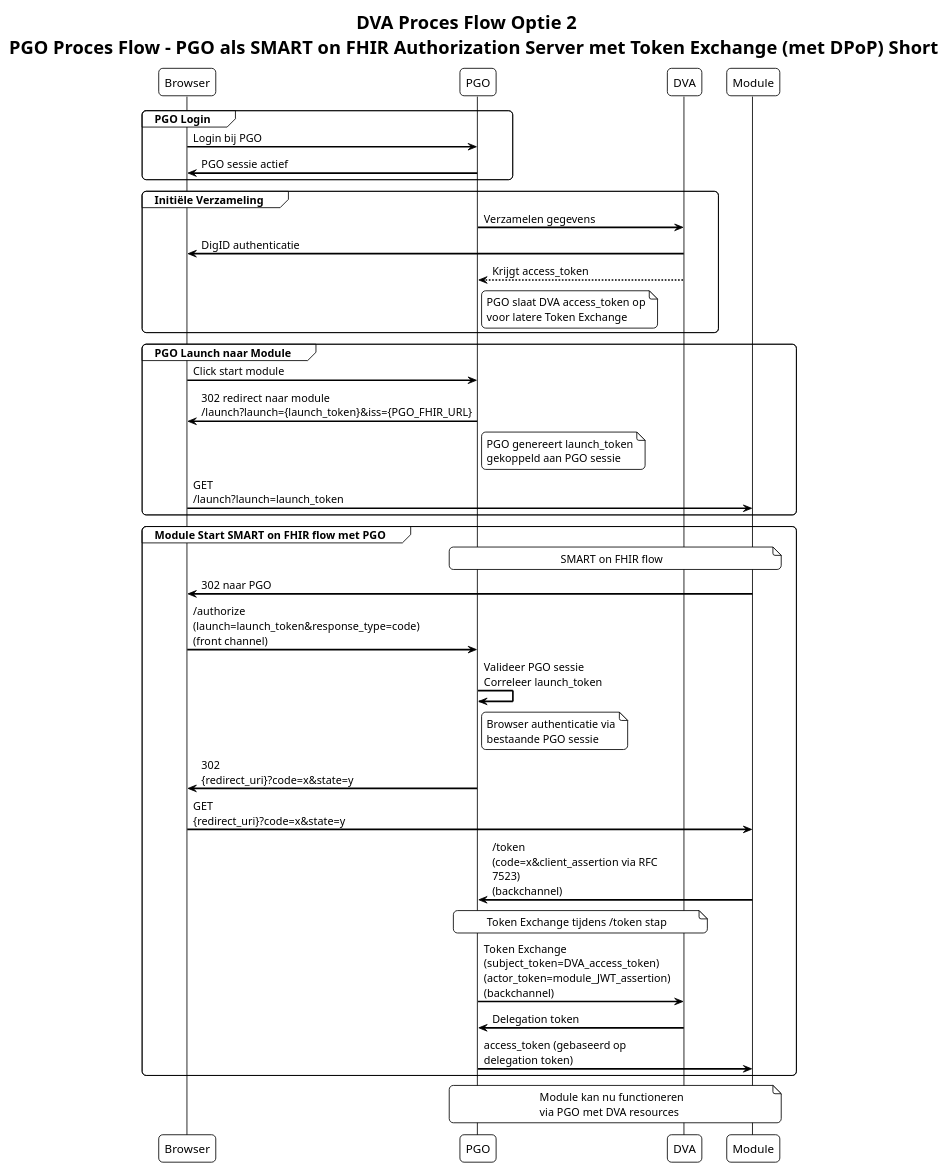
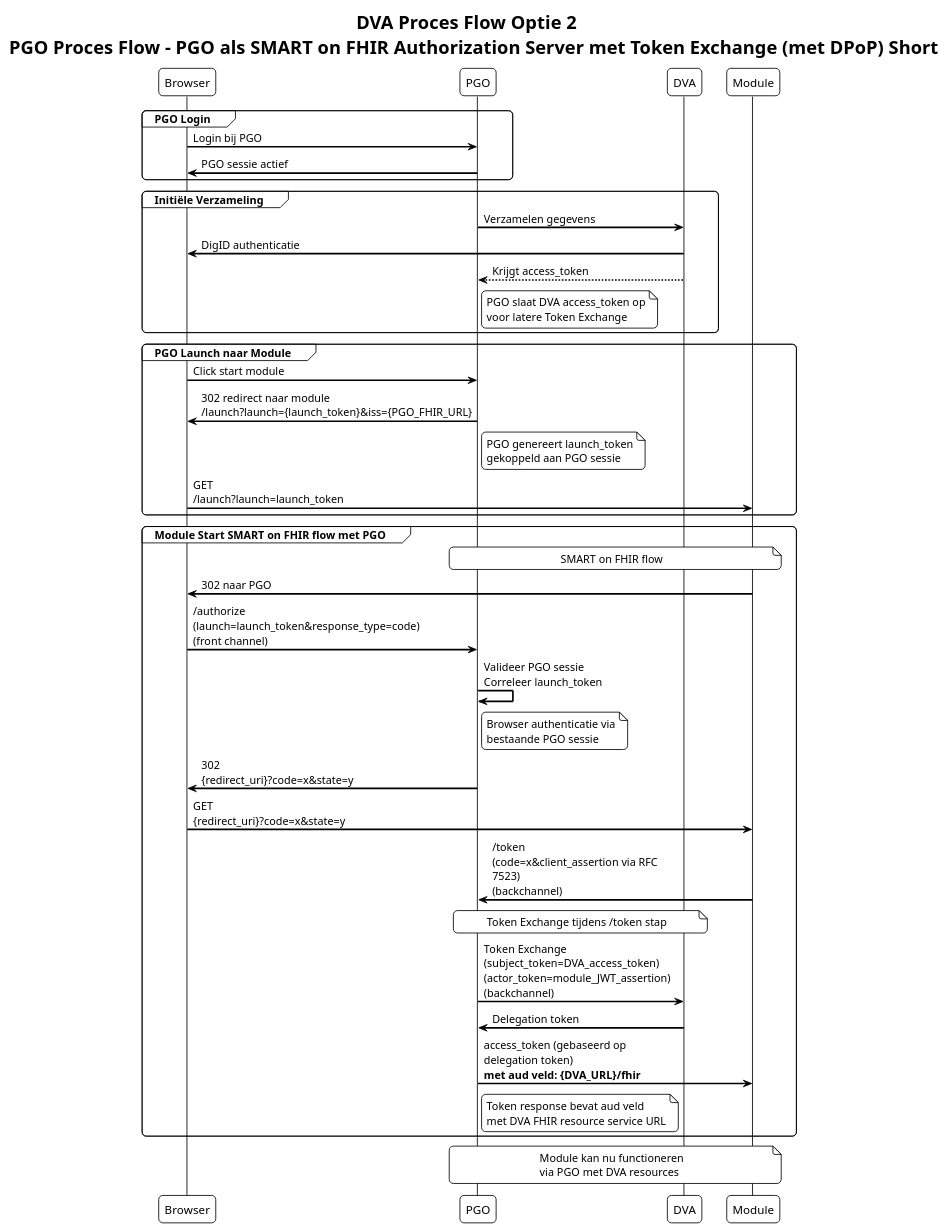
One commit to KoppelMij/koppelmij-designs changed the diagram in input/images-source/koppelmij_option_2a_short.plantuml. Above: the diagram before and after it, drawn with PlantUML. The commit also changed 2 other files, not shown here.

Commit message:
Add `aud` field specification for token responses in diagrams and documentation
Updated PlantUML diagrams to include the `aud` field in token exchanges and revised accompanying documentation with details about its purpose and example usage. This ensures clarity on the inclusion of the DVA FHIR resource service URL in token responses.

```diff
--- a/input/images-source/koppelmij_option_2a_short.plantuml
+++ b/input/images-source/koppelmij_option_2a_short.plantuml
@@ -1,63 +1,67 @@
 @startuml
 title DVA Proces Flow Optie 2 \n  PGO Proces Flow - PGO als SMART on FHIR Authorization Server met Token Exchange (met DPoP) Short
 
 !theme plain
 skinparam backgroundColor white
 skinparam sequenceArrowThickness 2
 skinparam roundcorner 10
 skinparam maxMessageSize 200
 
 participant "Browser" as BR
 participant "PGO" as PGO
 participant "DVA" as DVA
 participant "Module" as MOD
 
 
 group PGO Login
 BR -> PGO : Login bij PGO
 PGO -> BR : PGO sessie actief
 end
 
 group Initiële Verzameling
 PGO -> DVA : Verzamelen gegevens
 DVA -> BR: DigID authenticatie
 DVA --> PGO : Krijgt access_token
 note right of PGO
 PGO slaat DVA access_token op
 voor latere Token Exchange
 end note
 end
 
 group PGO Launch naar Module
 BR -> PGO : Click start module
 PGO -> BR : 302 redirect naar module\n/launch?launch={launch_token}&iss={PGO_FHIR_URL}
 note right of PGO
 PGO genereert launch_token
 gekoppeld aan PGO sessie
 end note
 BR -> MOD : GET /launch?launch=launch_token
 end
 
 group Module Start SMART on FHIR flow met PGO
 note over MOD, PGO : SMART on FHIR flow
 
 MOD -> BR : 302 naar PGO
 BR -> PGO : /authorize\n(launch=launch_token&response_type=code)\n(front channel)
 PGO -> PGO : Valideer PGO sessie\nCorreleer launch_token
 note right of PGO
 Browser authenticatie via
 bestaande PGO sessie
 end note
 PGO -> BR : 302 {redirect_uri}?code=x&state=y
 BR -> MOD : GET {redirect_uri}?code=x&state=y
 
 MOD -> PGO : /token\n(code=x&client_assertion via RFC 7523)\n(backchannel)
 note over PGO, DVA : Token Exchange tijdens /token stap
 PGO -> DVA : Token Exchange\n(subject_token=DVA_access_token)\n(actor_token=module_JWT_assertion)\n(backchannel)
 DVA -> PGO : Delegation token
-PGO -> MOD : access_token (gebaseerd op delegation token)
+PGO -> MOD : access_token (gebaseerd op delegation token)\n**met aud veld: {DVA_URL}/fhir**
+note right of PGO
+Token response bevat aud veld
+met DVA FHIR resource service URL
+end note
 end
 
 note over PGO, MOD : Module kan nu functioneren\nvia PGO met DVA resources
 
 @enduml
```
